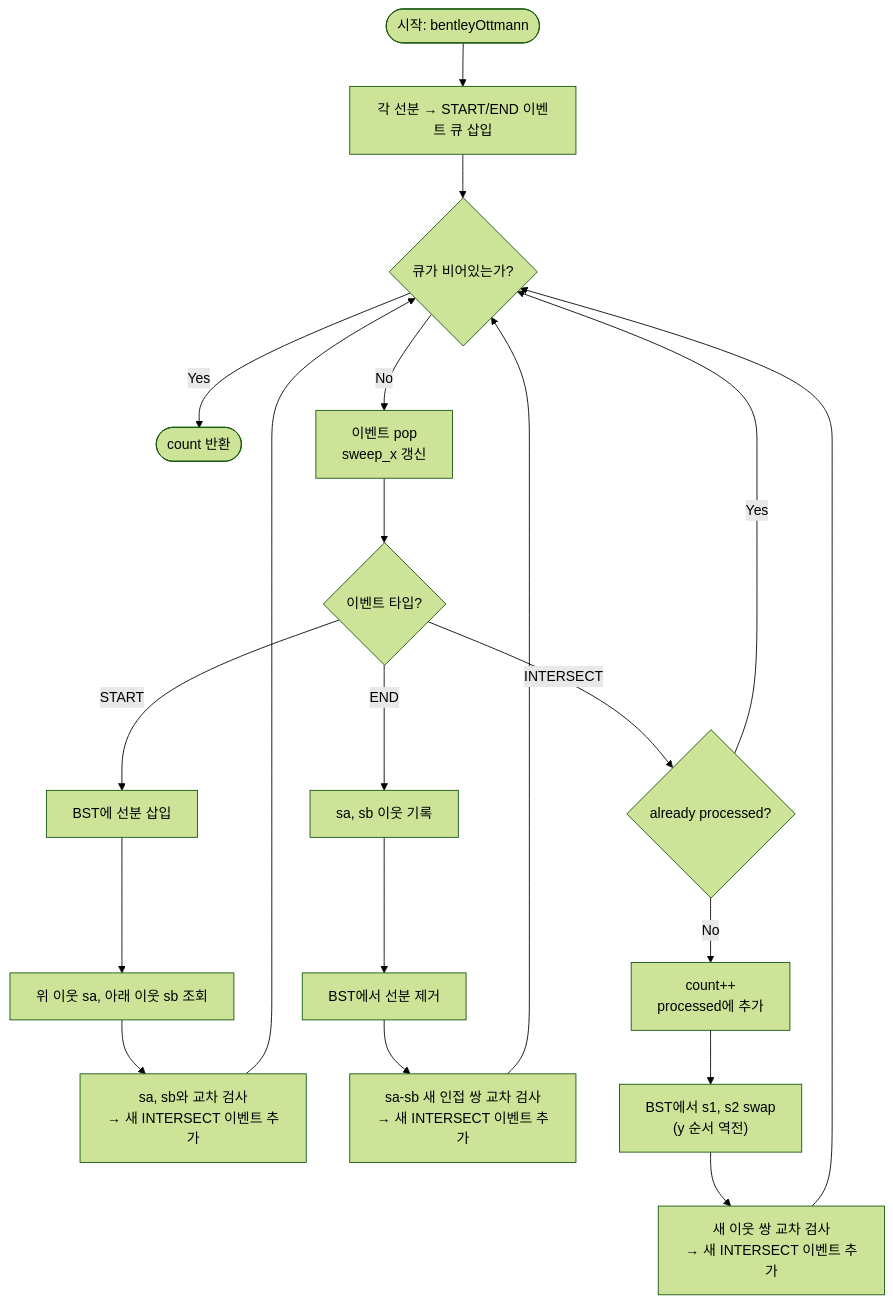
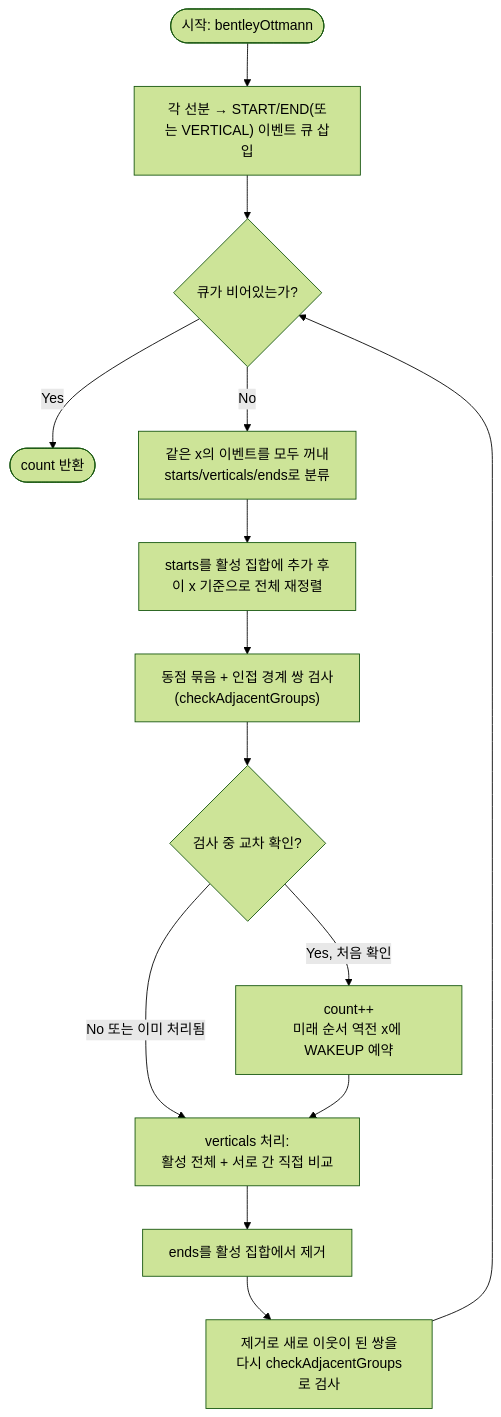
The diagram in src/algorithms/geometry/bentleyOttmann/bentleyOttmann-guide.mdx (centurio1987/grow-up-programming), drawn with Mermaid (forest theme) before and after one commit. The commit also changed other lines of this file and 14 other files, not shown here.

````diff
--- a/src/algorithms/geometry/bentleyOttmann/bentleyOttmann-guide.mdx
+++ b/src/algorithms/geometry/bentleyOttmann/bentleyOttmann-guide.mdx
@@ -289,25 +527,16 @@
 ```mermaid
 flowchart TD
-    A([시작: bentleyOttmann]) --> B["각 선분 → START/END 이벤트 큐 삽입"]
+    A([시작: bentleyOttmann]) --> B["각 선분 → START/END(또는 VERTICAL) 이벤트 큐 삽입"]
     B --> C{"큐가 비어있는가?"}
     C -->|Yes| Z([count 반환])
-    C -->|No| D["이벤트 pop\nsweep_x 갱신"]
-    D --> E{"이벤트 타입?"}
-
-    E -->|START| F["BST에 선분 삽입"]
-    F --> G["위 이웃 sa, 아래 이웃 sb 조회"]
-    G --> H["sa, sb와 교차 검사\n→ 새 INTERSECT 이벤트 추가"]
-    H --> C
-
-    E -->|END| I["sa, sb 이웃 기록"]
-    I --> J["BST에서 선분 제거"]
-    J --> K["sa-sb 새 인접 쌍 교차 검사\n→ 새 INTERSECT 이벤트 추가"]
+    C -->|No| D["같은 x의 이벤트를 모두 꺼내\nstarts/verticals/ends로 분류"]
+    D --> E["starts를 활성 집합에 추가 후\n이 x 기준으로 전체 재정렬"]
+    E --> F["동점 묶음 + 인접 경계 쌍 검사\n(checkAdjacentGroups)"]
+    F --> G{"검사 중 교차 확인?"}
+    G -->|Yes, 처음 확인| H["count++\n미래 순서 역전 x에 WAKEUP 예약"]
+    G -->|No 또는 이미 처리됨| I
+    H --> I["verticals 처리:\n활성 전체 + 서로 간 직접 비교"]
+    I --> J["ends를 활성 집합에서 제거"]
+    J --> K["제거로 새로 이웃이 된 쌍을\n다시 checkAdjacentGroups로 검사"]
     K --> C
-
-    E -->|INTERSECT| L{"already processed?"}
-    L -->|Yes| C
-    L -->|No| M["count++\nprocessed에 추가"]
-    M --> N["BST에서 s1, s2 swap\n(y 순서 역전)"]
-    N --> O["새 이웃 쌍 교차 검사\n→ 새 INTERSECT 이벤트 추가"]
-    O --> C
 ```
````
